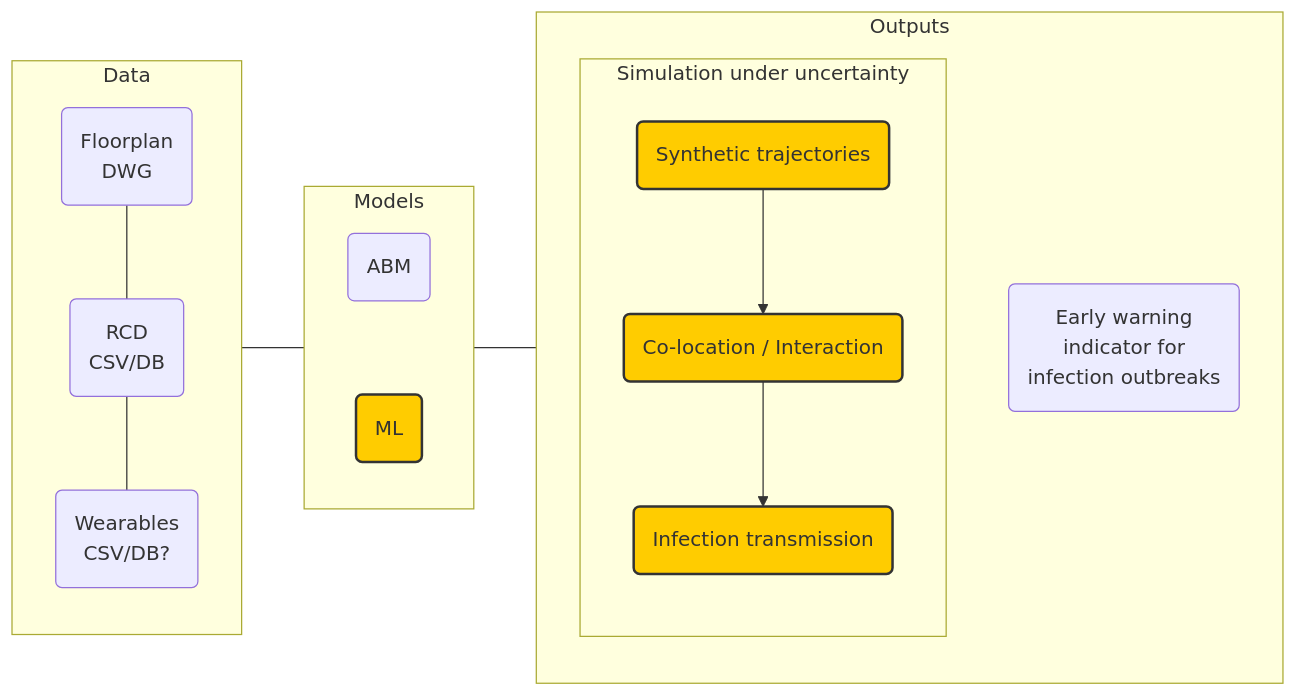
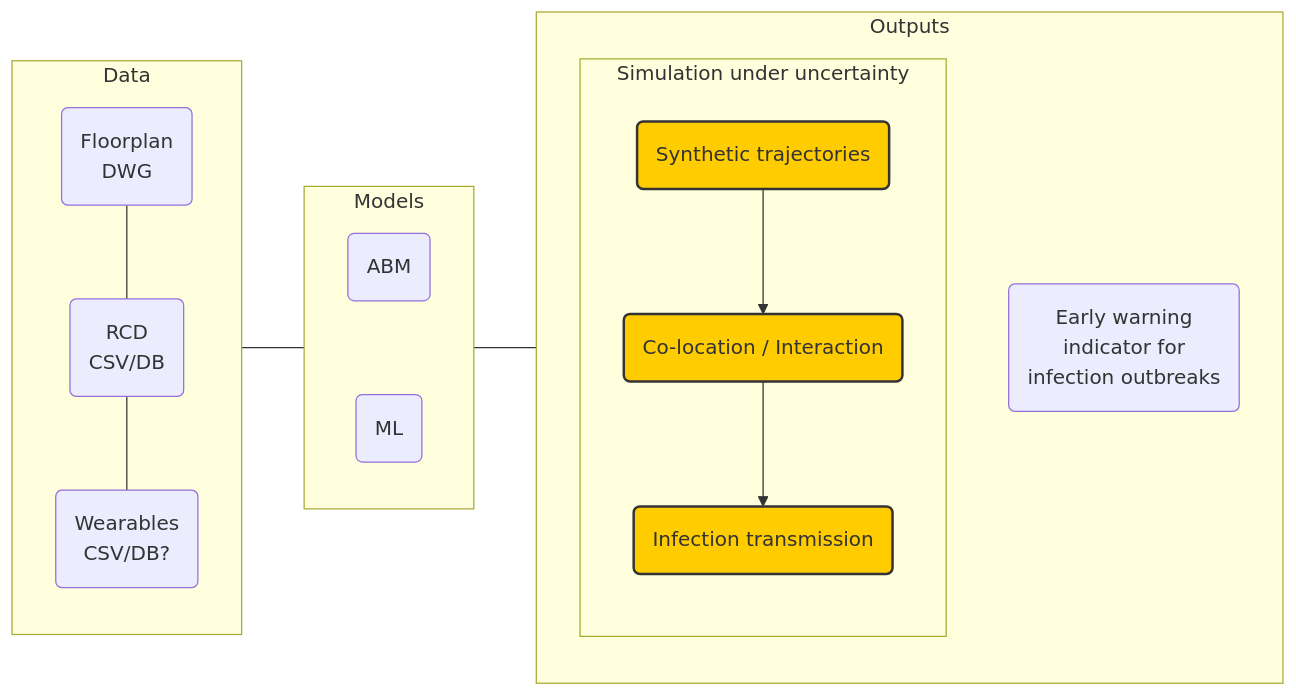
Before and after one commit to ksuchak1990/amr_hub_demos: the tenth of 11 diagrams in main.qmd, drawn with Mermaid. The commit also changed other lines of this file and 1 other file, not shown here.

````diff
--- a/main.qmd
+++ b/main.qmd
@@ -191,46 +468,46 @@
 ```{mermaid}
 flowchart LR
     classDef highlight fill:#ffcc00,stroke:#333,stroke-width:2px;
 
 
     subgraph Data
         direction TB
 
         A(Floorplan<br>DWG)
         B(RCD<br>CSV/DB)
         C(Wearables<br>CSV/DB?)
 
         A --- B
         B --- C
     end
 
     subgraph Models
         direction TB
 
         D(ABM)
-        E(ML):::highlight
+        E(ML)
 
         D ~~~ E
     end
 
     subgraph Outputs
         direction TB
 
         I(Early warning<br>indicator for<br>infection outbreaks)
 
         subgraph "Simulation under uncertainty"
             direction TB
             F(Synthetic trajectories):::highlight
             G(Co-location / Interaction):::highlight
             H(Infection transmission):::highlight
 
             F --> G
             G --> H
 
         end
 
     end
 
     Data --- Models
     Models --- Outputs
 ```
````
